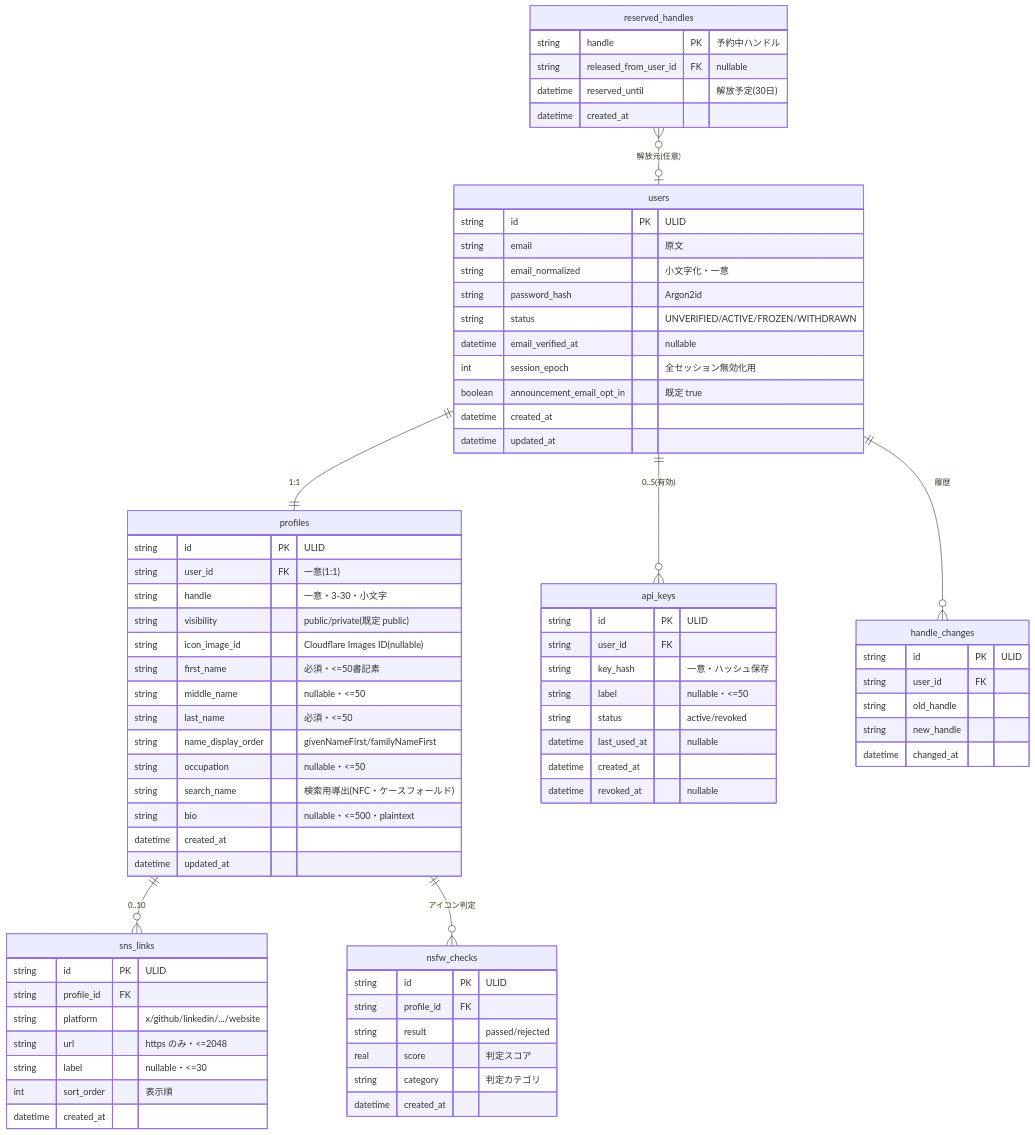
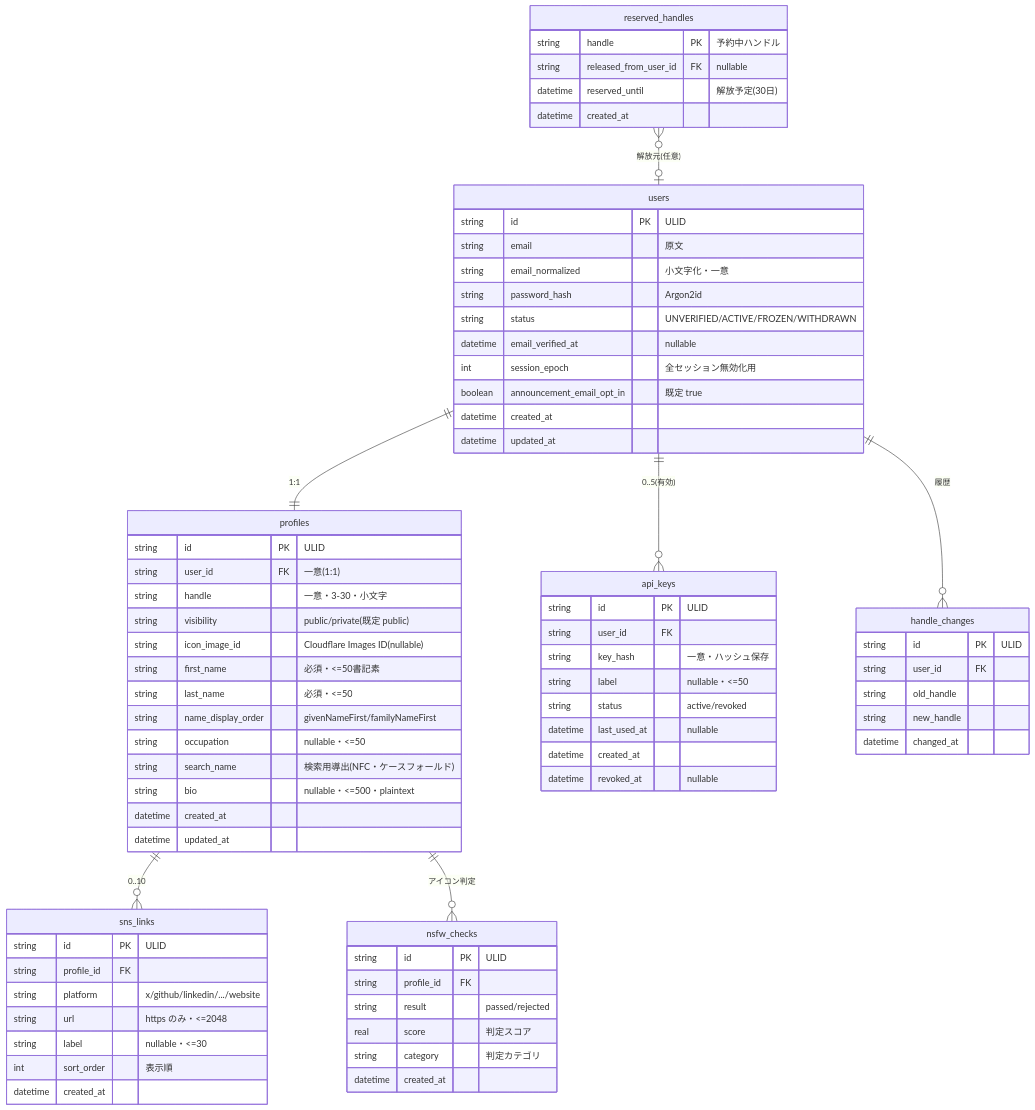
Before and after one commit to kurachiweb/genai-example-1-profile-community: the first of 4 diagrams in docs/GUIDES/db/01-data-model.md, drawn with Mermaid. The commit also changed other lines of this file and 12 other files, not shown here.

````diff
--- a/docs/GUIDES/db/01-data-model.md
+++ b/docs/GUIDES/db/01-data-model.md
@@ -33,78 +33,77 @@
 ```mermaid
 erDiagram
     users ||--|| profiles : "1:1"
     profiles ||--o{ sns_links : "0..10"
     users ||--o{ api_keys : "0..5(有効)"
     users ||--o{ handle_changes : "履歴"
     profiles ||--o{ nsfw_checks : "アイコン判定"
     reserved_handles }o--o| users : "解放元(任意)"
 
     users {
         string id PK "ULID"
         string email "原文"
         string email_normalized "小文字化・一意"
         string password_hash "Argon2id"
         string status "UNVERIFIED/ACTIVE/FROZEN/WITHDRAWN"
         datetime email_verified_at "nullable"
         int session_epoch "全セッション無効化用"
         boolean announcement_email_opt_in "既定 true"
         datetime created_at
         datetime updated_at
     }
     profiles {
         string id PK "ULID"
         string user_id FK "一意(1:1)"
         string handle "一意・3-30・小文字"
         string visibility "public/private(既定 public)"
         string icon_image_id "Cloudflare Images ID(nullable)"
         string first_name "必須・<=50書記素"
-        string middle_name "nullable・<=50"
         string last_name "必須・<=50"
         string name_display_order "givenNameFirst/familyNameFirst"
         string occupation "nullable・<=50"
         string search_name "検索用導出(NFC・ケースフォールド)"
         string bio "nullable・<=500・plaintext"
         datetime created_at
         datetime updated_at
     }
     sns_links {
         string id PK "ULID"
         string profile_id FK
         string platform "x/github/linkedin/.../website"
         string url "https のみ・<=2048"
         string label "nullable・<=30"
         int sort_order "表示順"
         datetime created_at
     }
     api_keys {
         string id PK "ULID"
         string user_id FK
         string key_hash "一意・ハッシュ保存"
         string label "nullable・<=50"
         string status "active/revoked"
         datetime last_used_at "nullable"
         datetime created_at
         datetime revoked_at "nullable"
     }
     reserved_handles {
         string handle PK "予約中ハンドル"
         string released_from_user_id FK "nullable"
         datetime reserved_until "解放予定(30日)"
         datetime created_at
     }
     handle_changes {
         string id PK "ULID"
         string user_id FK
         string old_handle
         string new_handle
         datetime changed_at
     }
     nsfw_checks {
         string id PK "ULID"
         string profile_id FK
         string result "passed/rejected"
         real score "判定スコア"
         string category "判定カテゴリ"
         datetime created_at
     }
 ```
````
